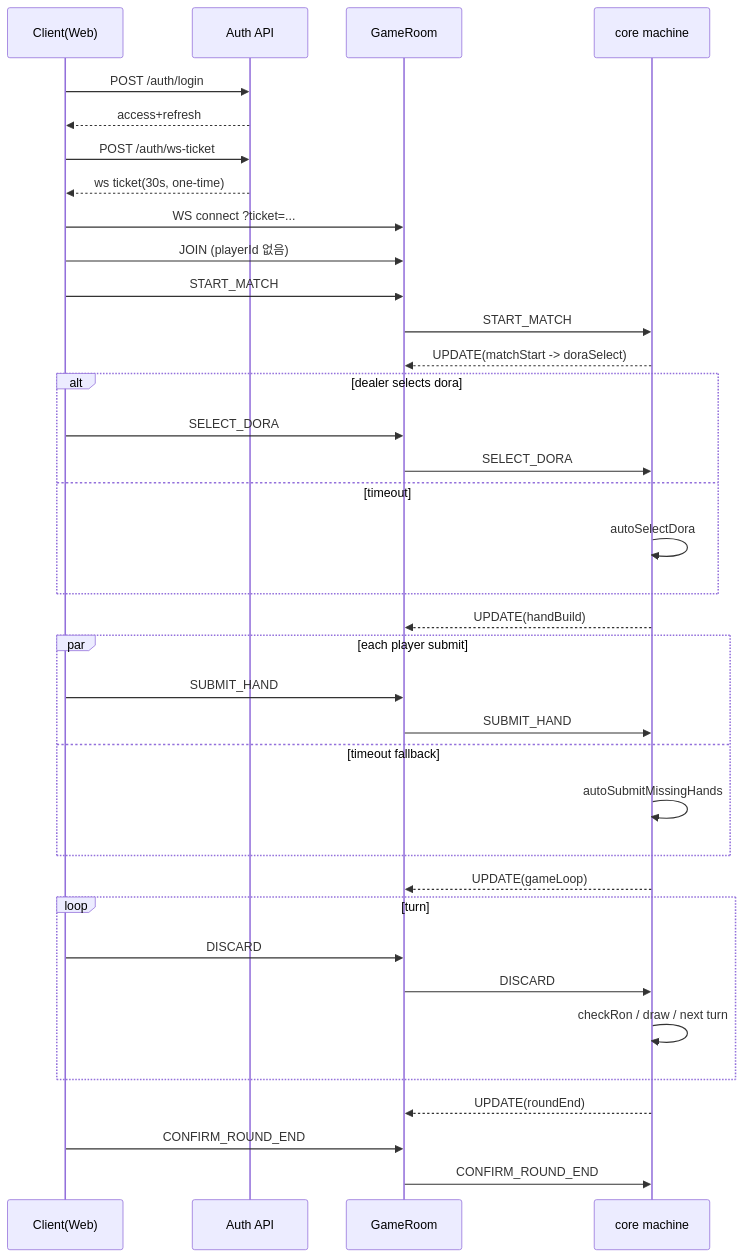
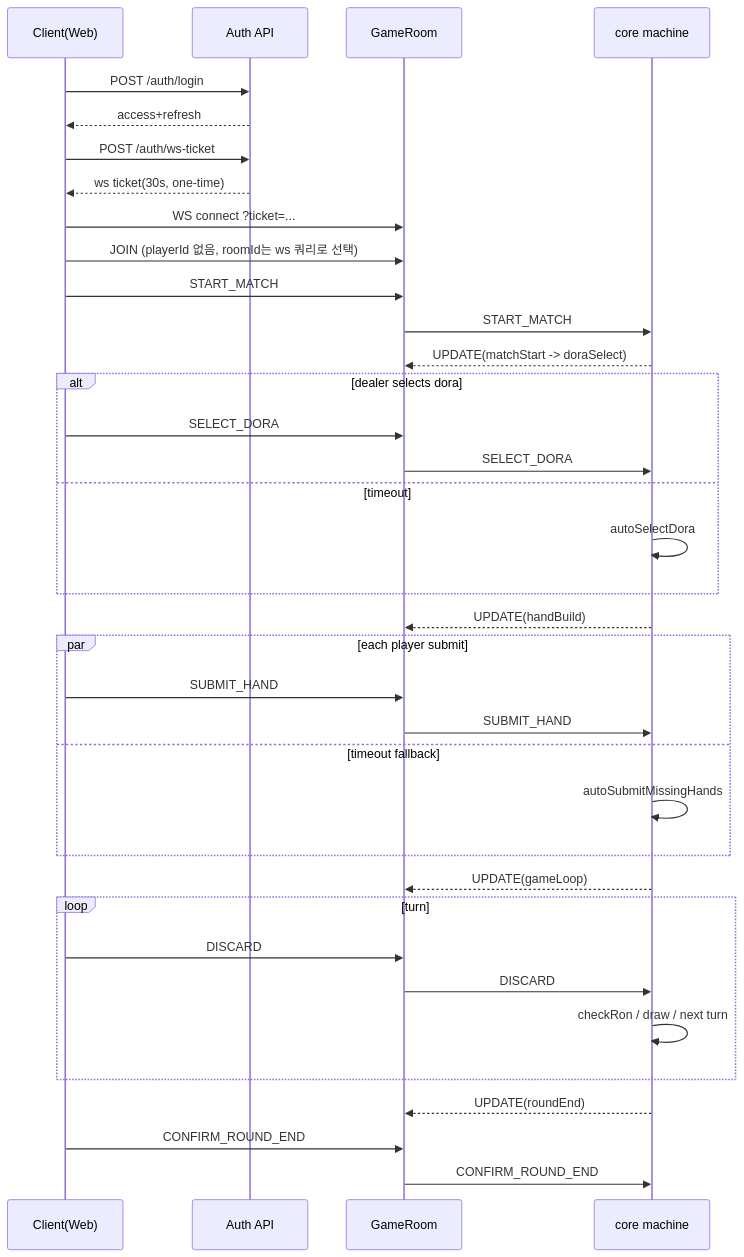
The second of 2 diagrams in docs/system-flow.md (yomania/step13), drawn with Mermaid before and after one commit. The commit also changed other lines of this file and 17 other files, not shown here.

````diff
--- a/docs/system-flow.md
+++ b/docs/system-flow.md
@@ -24,45 +24,45 @@
 ```mermaid
 sequenceDiagram
     participant C as Client(Web)
     participant A as Auth API
     participant S as GameRoom
     participant M as core machine
 
     C->>A: POST /auth/login
     A-->>C: access+refresh
     C->>A: POST /auth/ws-ticket
     A-->>C: ws ticket(30s, one-time)
     C->>S: WS connect ?ticket=...
-    C->>S: JOIN (playerId 없음)
+    C->>S: JOIN (playerId 없음, roomId는 ws 쿼리로 선택)
     C->>S: START_MATCH
     S->>M: START_MATCH
     M-->>S: UPDATE(matchStart -> doraSelect)
 
     alt dealer selects dora
         C->>S: SELECT_DORA
         S->>M: SELECT_DORA
     else timeout
         M->>M: autoSelectDora
     end
 
     M-->>S: UPDATE(handBuild)
 
     par each player submit
         C->>S: SUBMIT_HAND
         S->>M: SUBMIT_HAND
     and timeout fallback
         M->>M: autoSubmitMissingHands
     end
 
     M-->>S: UPDATE(gameLoop)
 
     loop turn
         C->>S: DISCARD
         S->>M: DISCARD
         M->>M: checkRon / draw / next turn
     end
 
     M-->>S: UPDATE(roundEnd)
     C->>S: CONFIRM_ROUND_END
     S->>M: CONFIRM_ROUND_END
 ```
````
